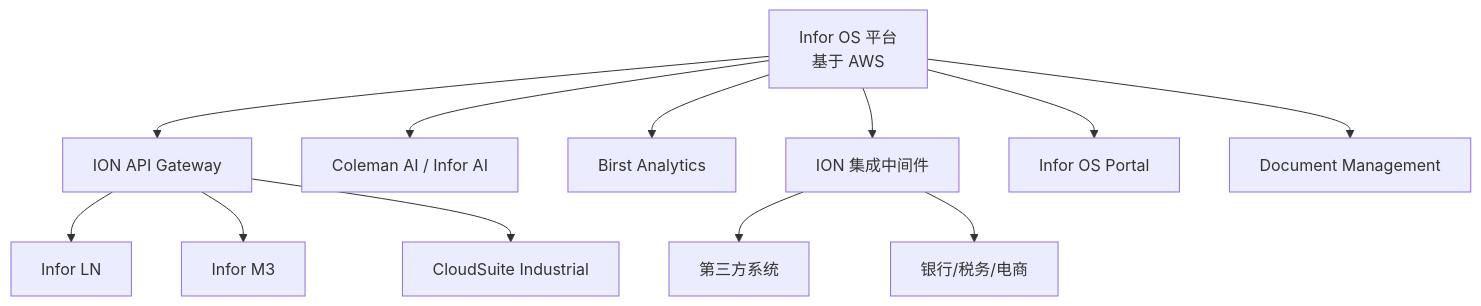
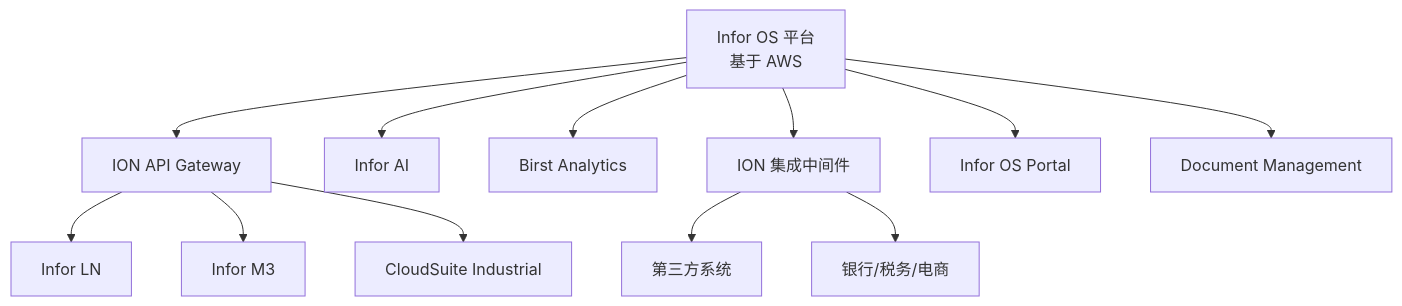
One commit to cuiwenyuan/infor-ecosystem-open-resources changed the diagram in docs/by-product/infor-os.md. Above: the diagram before and after it, drawn with Mermaid. The commit also changed other lines of this file and 39 other files, not shown here.

````diff
--- a/docs/by-product/infor-os.md
+++ b/docs/by-product/infor-os.md
@@ -75,16 +75,16 @@
 ```mermaid
 graph TB
     A[Infor OS 平台<br/>基于 AWS] --> B[ION API Gateway]
-    A --> C[Coleman AI / Infor AI]
+    A --> C[Infor AI]
     A --> D[Birst Analytics]
     A --> E[ION 集成中间件]
     A --> F[Infor OS Portal]
     A --> G[Document Management]
 
     B --> H[Infor LN]
     B --> I[Infor M3]
     B --> J[CloudSuite Industrial]
 
     E --> K[第三方系统]
     E --> L[银行/税务/电商]
 ```
````
